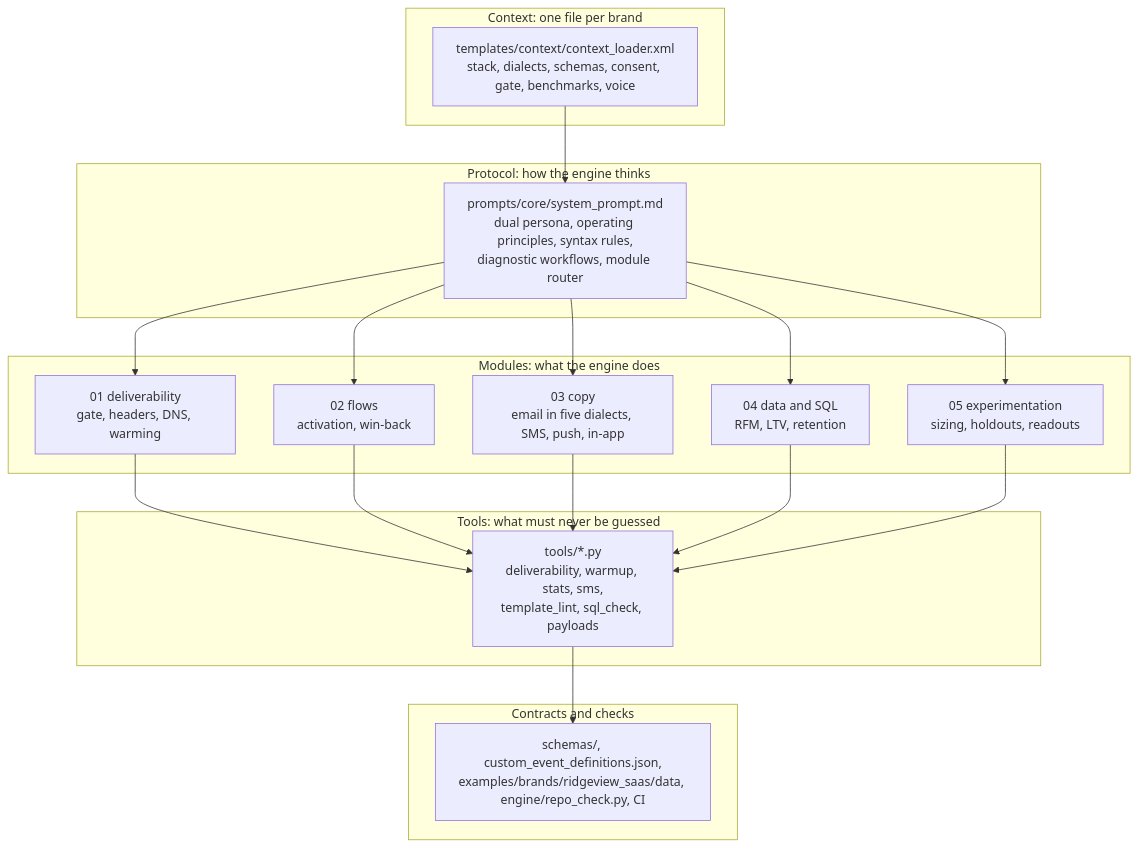
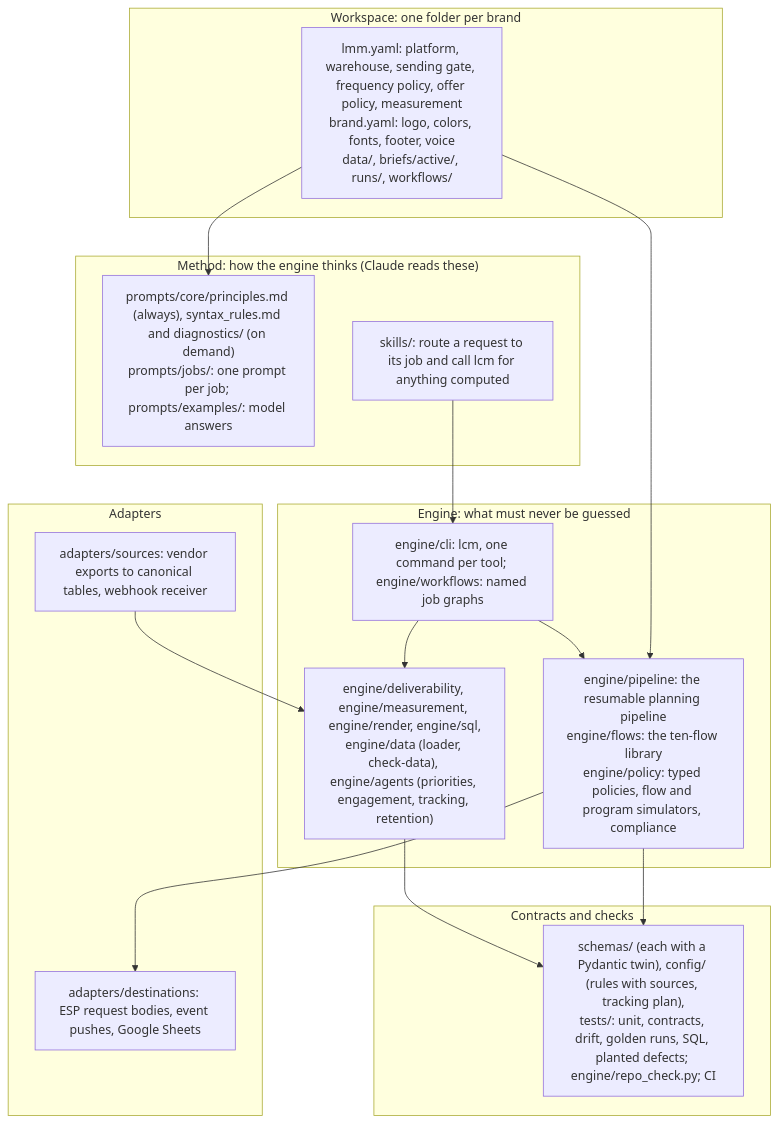
One commit to kyle-olmstead/lifecycle-marketing-claude-engine changed the first of 2 diagrams in docs/ARCHITECTURE.md. Above: the diagram before and after it, drawn with Mermaid. The commit also changed other lines of this file and 1 other file, not shown here.

First line of the commit message:
Architecture docs for v3: workspace, method, engine, adapters, contracts; extension guide with v3 paths

````diff
--- a/docs/ARCHITECTURE.md
+++ b/docs/ARCHITECTURE.md
@@ -12,25 +12,27 @@
 ```mermaid
 flowchart TB
-    subgraph L1["Context: one file per brand"]
-        CTX["templates/context/context_loader.xml<br/>stack, dialects, schemas, consent, gate, benchmarks, voice"]
+    subgraph L1["Workspace: one folder per brand"]
+        WS["lmm.yaml: platform, warehouse, sending gate, frequency policy, offer policy, measurement<br/>brand.yaml: logo, colors, fonts, footer, voice<br/>data/, briefs/active/, runs/, workflows/"]
     end
-    subgraph L2["Protocol: how the engine thinks"]
-        SYS["prompts/core/system_prompt.md<br/>dual persona, operating principles, syntax rules,<br/>diagnostic workflows, module router"]
+    subgraph L2["Method: how the engine thinks (Claude reads these)"]
+        P["prompts/core/principles.md (always), syntax_rules.md and diagnostics/ (on demand)<br/>prompts/jobs/: one prompt per job; prompts/examples/: model answers"]
+        SK["skills/: route a request to its job and call lcm for anything computed"]
     end
-    subgraph L3["Modules: what the engine does"]
-        M1["01 deliverability<br/>gate, headers, DNS, warming"]
-        M2["02 flows<br/>activation, win-back"]
-        M3["03 copy<br/>email in five dialects, SMS, push, in-app"]
-        M4["04 data and SQL<br/>RFM, LTV, retention"]
-        M5["05 experimentation<br/>sizing, holdouts, readouts"]
+    subgraph L3["Engine: what must never be guessed"]
+        PL["engine/pipeline: the resumable planning pipeline<br/>engine/flows: the ten-flow library<br/>engine/policy: typed policies, flow and program simulators, compliance"]
+        AN["engine/deliverability, engine/measurement, engine/render, engine/sql,<br/>engine/data (loader, check-data), engine/agents (priorities, engagement, tracking, retention)"]
+        CLI["engine/cli: lcm, one command per tool; engine/workflows: named job graphs"]
     end
-    subgraph L4["Tools: what must never be guessed"]
-        T["tools/*.py<br/>deliverability, warmup, stats, sms,<br/>template_lint, sql_check, payloads"]
+    subgraph L4["Adapters"]
+        SRC["adapters/sources: vendor exports to canonical tables, webhook receiver"]
+        DST["adapters/destinations: ESP request bodies, event pushes, Google Sheets"]
     end
     subgraph L5["Contracts and checks"]
-        S["schemas/, custom_event_definitions.json,<br/>examples/brands/ridgeview_saas/data, engine/repo_check.py, CI"]
+        S["schemas/ (each with a Pydantic twin), config/ (rules with sources, tracking plan),<br/>tests/: unit, contracts, drift, golden runs, SQL, planted defects; engine/repo_check.py; CI"]
     end
-    CTX --> SYS --> M1 & M2 & M3 & M4 & M5
-    M1 & M2 & M3 & M4 & M5 --> T
-    T --> S
+    WS --> P & PL
+    SK --> CLI --> PL & AN
+    SRC --> AN
+    PL --> DST
+    PL & AN --> S
 ```
````
